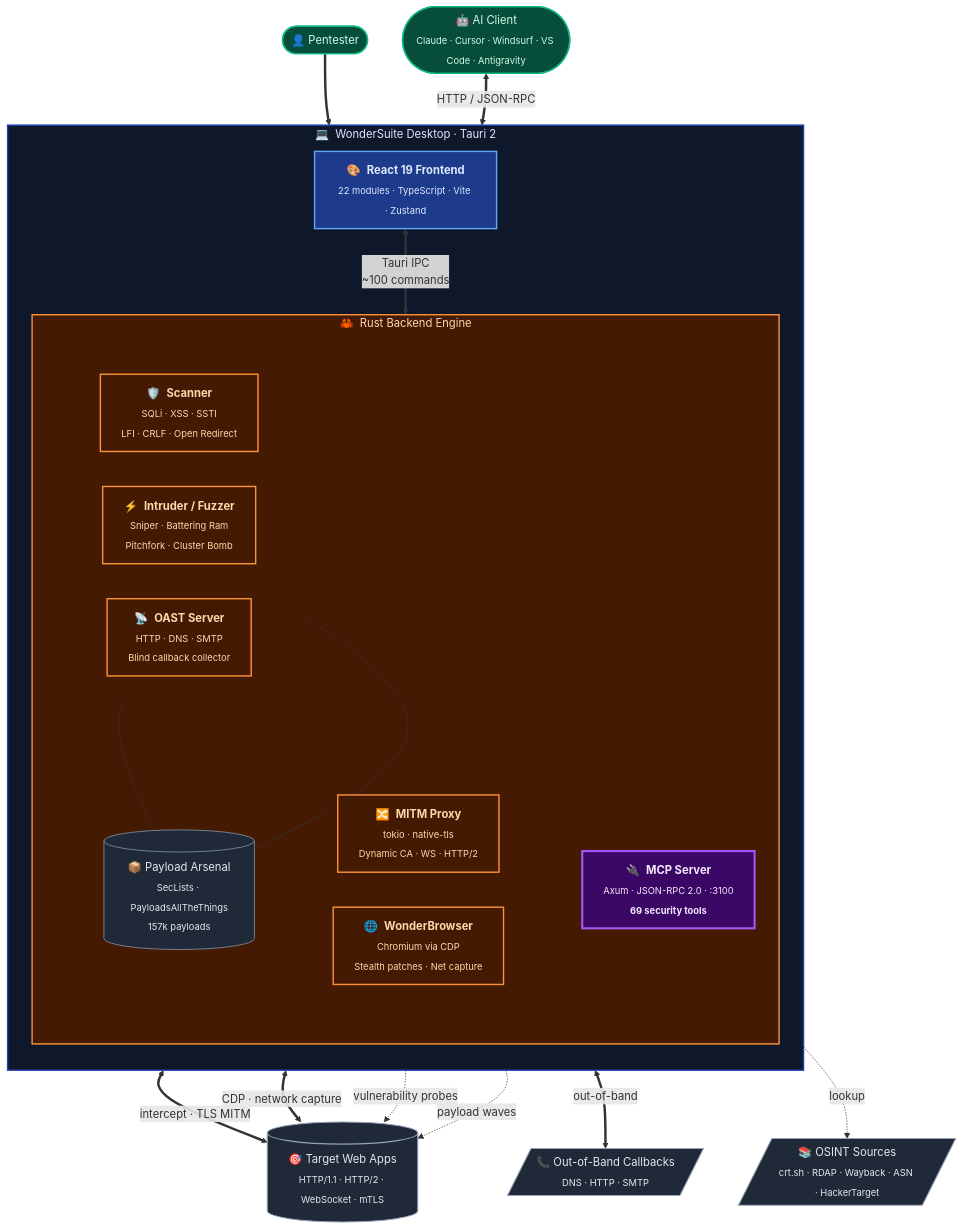
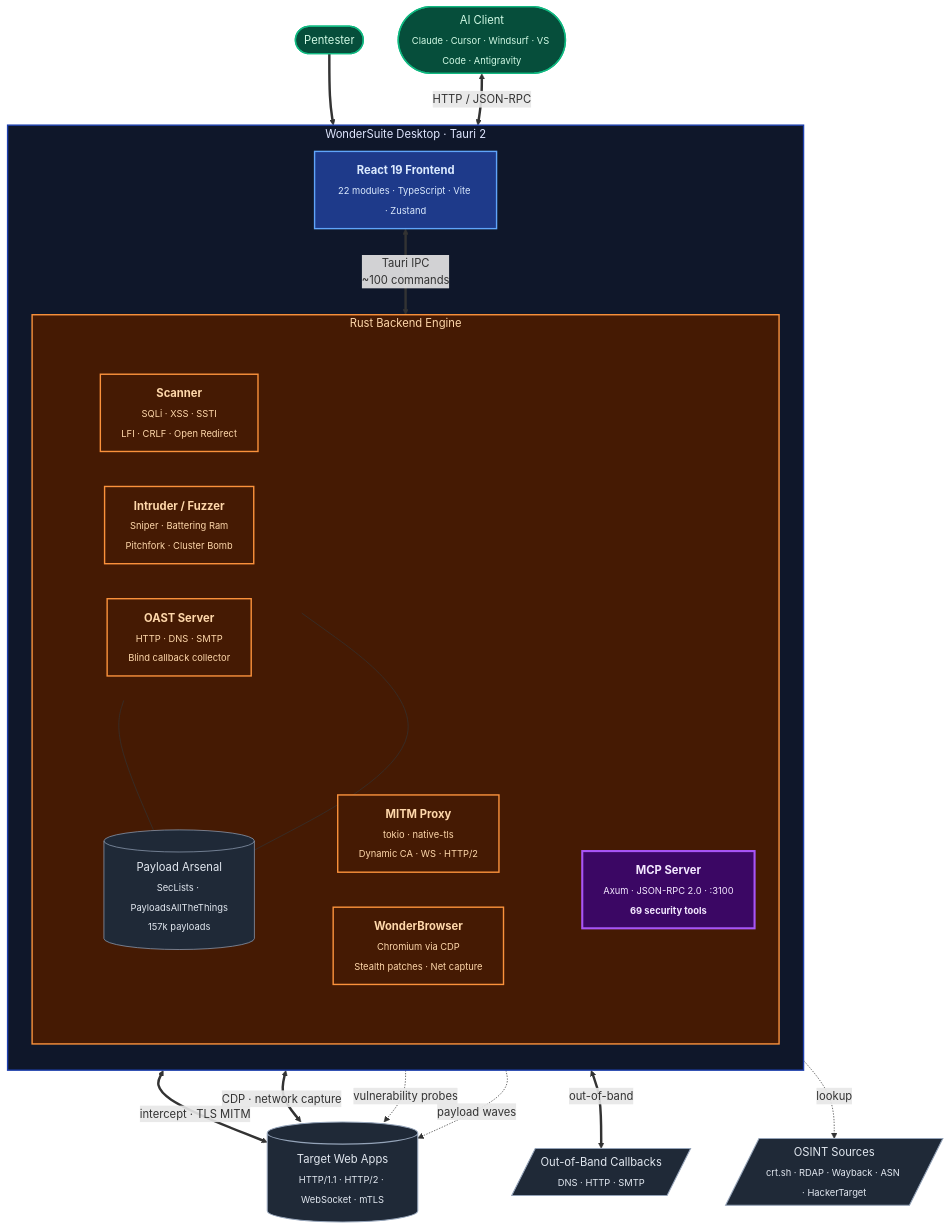
Before and after one commit to sfr-development/WonderSuite-Ai-Bug-Bounty: the diagram in README.md, drawn with Mermaid.

Commit message:
docs: strip emojis from architecture diagram

````diff
--- a/README.md
+++ b/README.md
@@ -174,68 +174,68 @@
 ```mermaid
 flowchart TB
-    pentester(["👤 Pentester"])
-    ai(["🤖 AI Client<br/><sub>Claude · Cursor · Windsurf · VS Code · Antigravity</sub>"])
+    pentester(["Pentester"])
+    ai(["AI Client<br/><sub>Claude · Cursor · Windsurf · VS Code · Antigravity</sub>"])
 
-    subgraph DT["💻 &nbsp;WonderSuite Desktop · Tauri 2"]
+    subgraph DT["WonderSuite Desktop · Tauri 2"]
         direction TB
 
-        FE["🎨 &nbsp;<b>React 19 Frontend</b><br/><sub>22 modules · TypeScript · Vite · Zustand</sub>"]
+        FE["<b>React 19 Frontend</b><br/><sub>22 modules · TypeScript · Vite · Zustand</sub>"]
 
         FE <==>|"Tauri IPC<br/>~100 commands"| BE
 
-        subgraph BE["🦀 &nbsp;Rust Backend Engine"]
+        subgraph BE["Rust Backend Engine"]
             direction TB
 
             subgraph CORE[" "]
                 direction LR
-                Proxy["🔀 &nbsp;<b>MITM Proxy</b><br/><sub>tokio · native-tls<br/>Dynamic CA · WS · HTTP/2</sub>"]
-                Browser["🌐 &nbsp;<b>WonderBrowser</b><br/><sub>Chromium via CDP<br/>Stealth patches · Net capture</sub>"]
+                Proxy["<b>MITM Proxy</b><br/><sub>tokio · native-tls<br/>Dynamic CA · WS · HTTP/2</sub>"]
+                Browser["<b>WonderBrowser</b><br/><sub>Chromium via CDP<br/>Stealth patches · Net capture</sub>"]
             end
 
             subgraph TOOLS[" "]
                 direction LR
-                Scanner["🛡️ &nbsp;<b>Scanner</b><br/><sub>SQLi · XSS · SSTI<br/>LFI · CRLF · Open Redirect</sub>"]
-                Intruder["⚡ &nbsp;<b>Intruder / Fuzzer</b><br/><sub>Sniper · Battering Ram<br/>Pitchfork · Cluster Bomb</sub>"]
-                OAST["📡 &nbsp;<b>OAST Server</b><br/><sub>HTTP · DNS · SMTP<br/>Blind callback collector</sub>"]
+                Scanner["<b>Scanner</b><br/><sub>SQLi · XSS · SSTI<br/>LFI · CRLF · Open Redirect</sub>"]
+                Intruder["<b>Intruder / Fuzzer</b><br/><sub>Sniper · Battering Ram<br/>Pitchfork · Cluster Bomb</sub>"]
+                OAST["<b>OAST Server</b><br/><sub>HTTP · DNS · SMTP<br/>Blind callback collector</sub>"]
             end
 
-            MCP["🔌 &nbsp;<b>MCP Server</b><br/><sub>Axum · JSON-RPC 2.0 · :3100<br/><b>69 security tools</b></sub>"]
+            MCP["<b>MCP Server</b><br/><sub>Axum · JSON-RPC 2.0 · :3100<br/><b>69 security tools</b></sub>"]
 
-            Payloads[("📦 Payload Arsenal<br/><sub>SecLists · PayloadsAllTheThings<br/>157k payloads</sub>")]
+            Payloads[("Payload Arsenal<br/><sub>SecLists · PayloadsAllTheThings<br/>157k payloads</sub>")]
         end
     end
 
-    target[("🎯 Target Web Apps<br/><sub>HTTP/1.1 · HTTP/2 · WebSocket · mTLS</sub>")]
-    osint[/"📚 OSINT Sources<br/><sub>crt.sh · RDAP · Wayback · ASN · HackerTarget</sub>"/]
-    callbacks[/"📞 Out-of-Band Callbacks<br/><sub>DNS · HTTP · SMTP</sub>"/]
+    target[("Target Web Apps<br/><sub>HTTP/1.1 · HTTP/2 · WebSocket · mTLS</sub>")]
+    osint[/"OSINT Sources<br/><sub>crt.sh · RDAP · Wayback · ASN · HackerTarget</sub>"/]
+    callbacks[/"Out-of-Band Callbacks<br/><sub>DNS · HTTP · SMTP</sub>"/]
 
     pentester ==> FE
     ai <==>|"HTTP / JSON-RPC"| MCP
 
     Proxy <==>|"intercept · TLS MITM"| target
     Browser <==>|"CDP · network capture"| target
     Scanner -.->|"vulnerability probes"| target
     Intruder -.->|"payload waves"| target
     OAST <==>|"out-of-band"| callbacks
     MCP -.->|"lookup"| osint
     Scanner --- Payloads
     Intruder --- Payloads
 
     classDef person fill:#064e3b,stroke:#10b981,stroke-width:2px,color:#d1fae5
     classDef desktop fill:#0f172a,stroke:#1e40af,stroke-width:2px,color:#e0e7ff
     classDef frontend fill:#1e3a8a,stroke:#60a5fa,stroke-width:2px,color:#dbeafe
     classDef engine fill:#451a03,stroke:#fb923c,stroke-width:2px,color:#fed7aa
     classDef mcp fill:#3b0764,stroke:#a855f7,stroke-width:3px,color:#f3e8ff
     classDef payload fill:#1f2937,stroke:#94a3b8,stroke-width:1px,color:#e2e8f0
     classDef external fill:#1f2937,stroke:#94a3b8,stroke-width:1.5px,color:#e2e8f0
     classDef hidden fill:transparent,stroke:transparent
 
     class pentester,ai person
     class DT desktop
     class FE frontend
     class BE,Proxy,Browser,Scanner,Intruder,OAST engine
     class MCP mcp
     class Payloads payload
     class target,osint,callbacks external
     class CORE,TOOLS hidden
 ```
````
